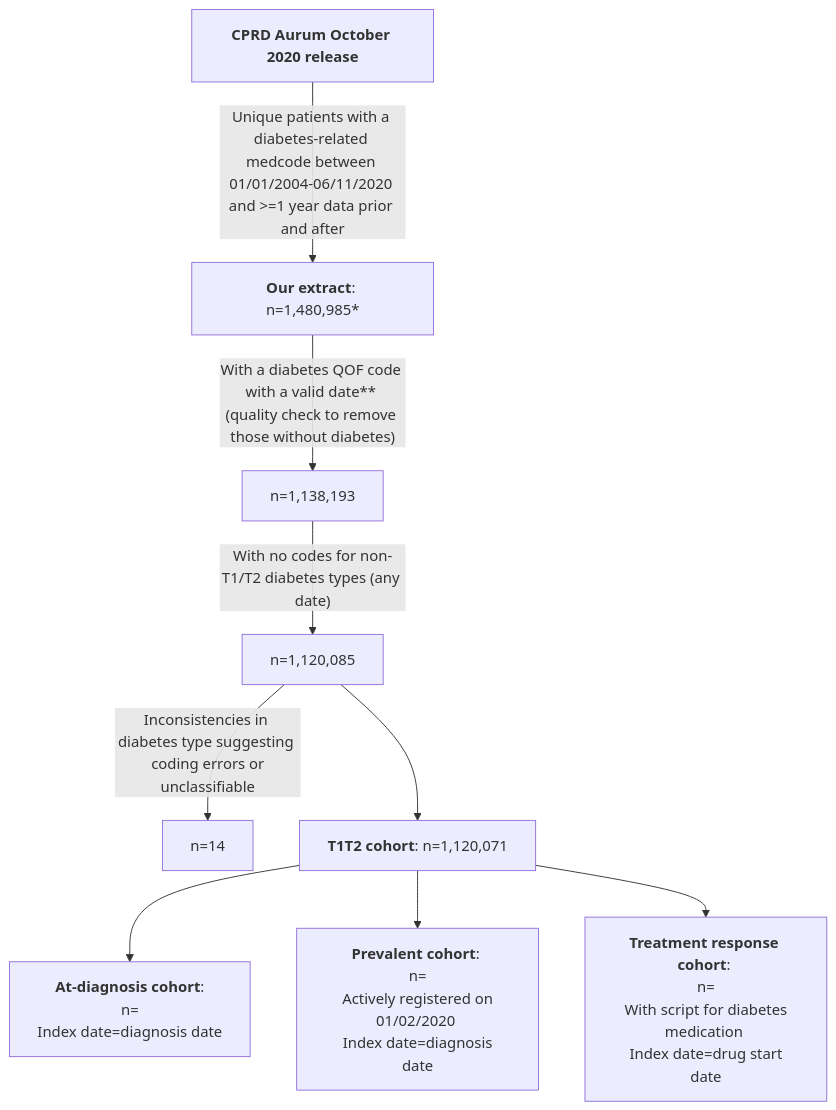
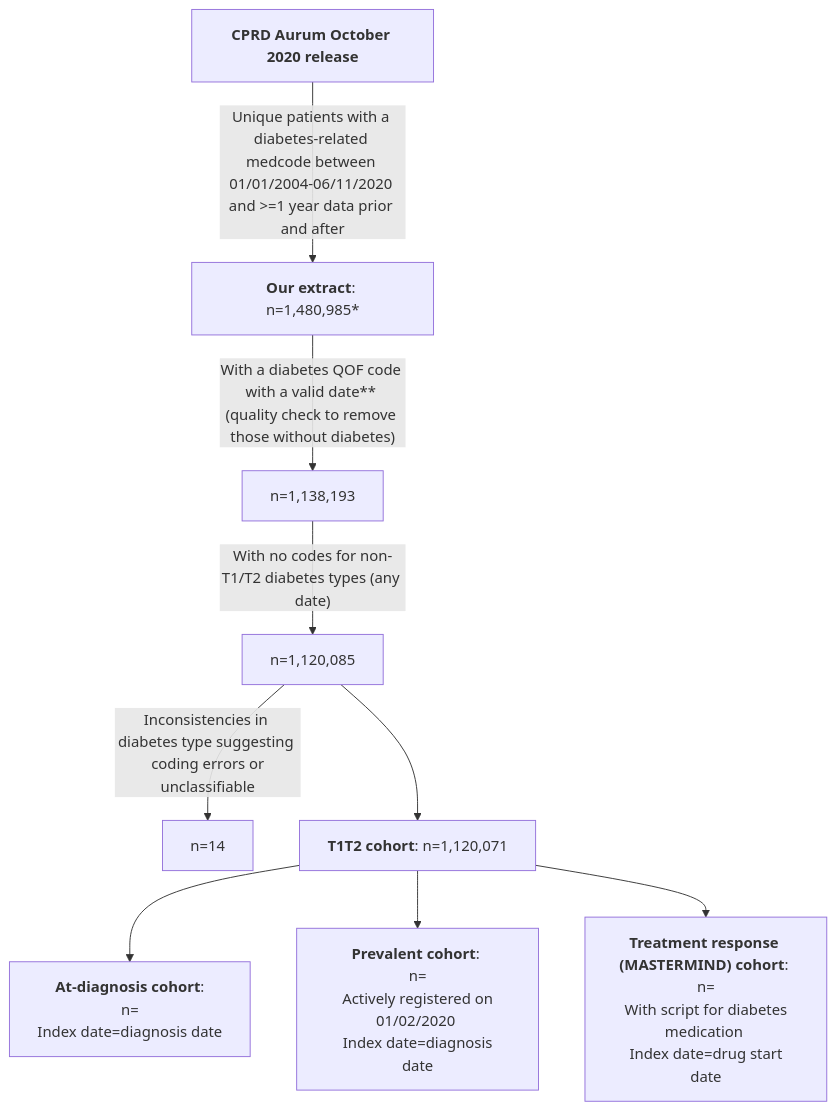
The diagram in README.md (Exeter-Diabetes/CPRD-Cohort-scripts), drawn with Mermaid before and after one commit. The commit also changed other lines of this file, not shown here.

````diff
--- a/README.md
+++ b/README.md
@@ -12,11 +12,11 @@
 ```mermaid
 graph TD;
     A["<b>CPRD Aurum October 2020 release</b>"] --> |"Unique patients with a diabetes-related medcode between 01/01/2004-06/11/2020 and >=1 year data prior and after"| B["<b>Our extract</b>: n=1,480,985*"]
     B -->|"With a diabetes QOF code with a valid date** (quality check to remove those without diabetes)"|C["n=1,138,193"]
     C --> |"With no codes for non-T1/T2 diabetes types (any date)"|D["n=1,120,085"]
     D --> |"Inconsistencies in diabetes type suggesting <br> coding errors or unclassifiable"|E["n=14"]
     D --> F["<b>T1T2 cohort</b>: n=1,120,071"]
     F --> G["<b>At-diagnosis cohort</b>: <br> n= <br> Index date=diagnosis date"]
     F --> H["<b>Prevalent cohort</b>: <br> n= <br> Actively registered on 01/02/2020 <br> Index date=diagnosis date"]
-    F --> I["<b>Treatment response cohort</b>: <br> n= <br> With script for diabetes medication <br> Index date=drug start date"]
+    F --> I["<b>Treatment response (MASTERMIND) cohort</b>: <br> n= <br> With script for diabetes medication <br> Index date=drug start date"]
 ```
````
